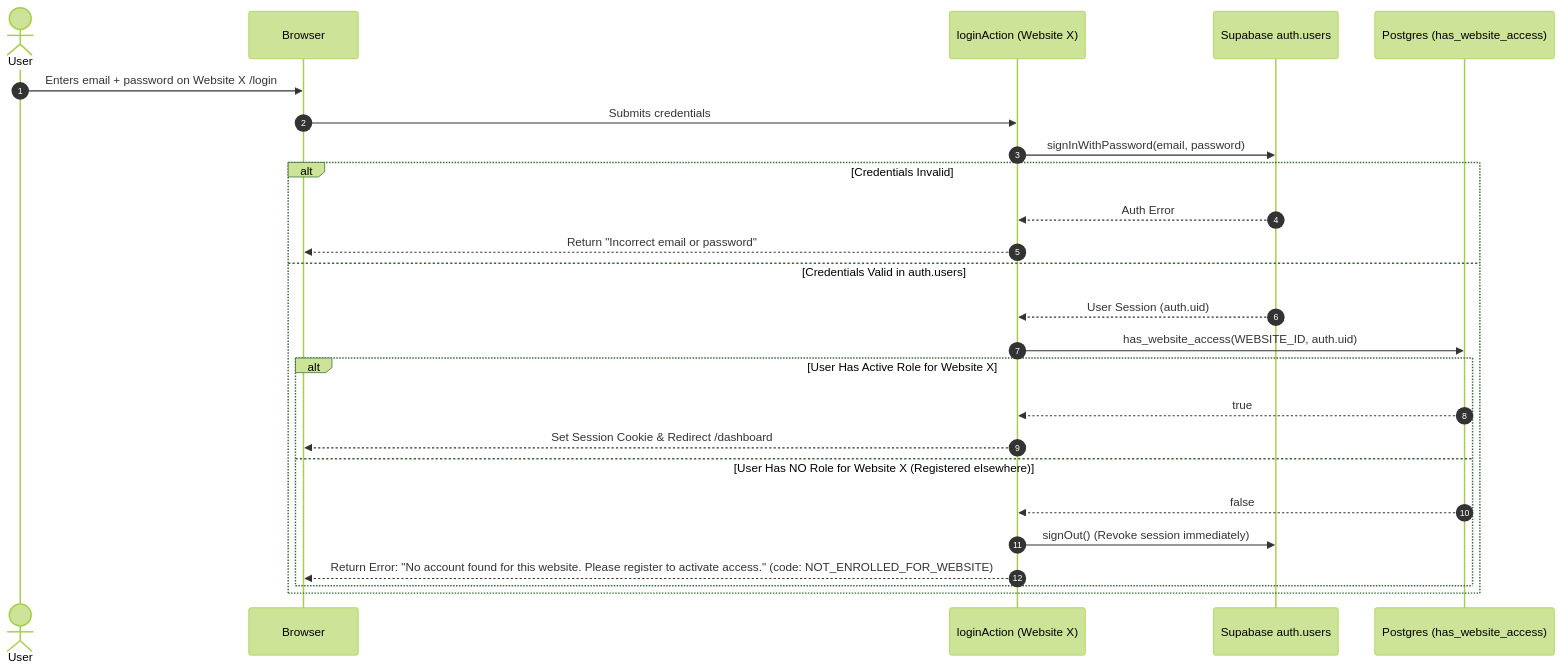
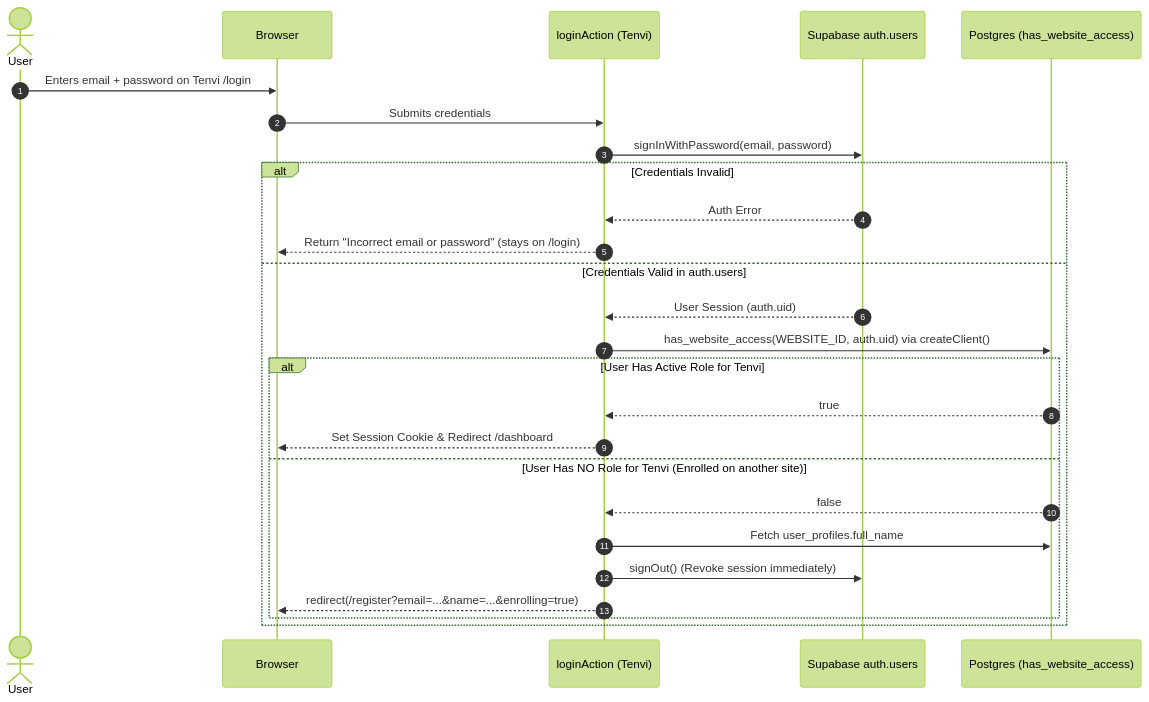
The second of 3 diagrams in AUTHENTICATION.md (unciano-labs/tenvi), drawn with Mermaid (forest theme) before and after one commit. The commit also changed other lines of this file, not shown here.

Commit message:
docs(auth): update AUTHENTICATION.md to v2.1 with cross-enrollment UX, cloud resilience, and blueprints

````diff
--- a/AUTHENTICATION.md
+++ b/AUTHENTICATION.md
@@ -97,30 +104,31 @@
 ```mermaid
 sequenceDiagram
     autonumber
     actor User
     participant Browser
-    participant ServerAction as loginAction (Website X)
+    participant ServerAction as loginAction (Tenvi)
     participant SupabaseAuth as Supabase auth.users
     participant DB as Postgres (has_website_access)
 
-    User->>Browser: Enters email + password on Website X /login
+    User->>Browser: Enters email + password on Tenvi /login
     Browser->>ServerAction: Submits credentials
     ServerAction->>SupabaseAuth: signInWithPassword(email, password)
     
     alt Credentials Invalid
         SupabaseAuth-->>ServerAction: Auth Error
-        ServerAction-->>Browser: Return "Incorrect email or password"
+        ServerAction-->>Browser: Return "Incorrect email or password" (stays on /login)
     else Credentials Valid in auth.users
         SupabaseAuth-->>ServerAction: User Session (auth.uid)
-        ServerAction->>DB: has_website_access(WEBSITE_ID, auth.uid)
+        ServerAction->>DB: has_website_access(WEBSITE_ID, auth.uid) via createClient()
         
-        alt User Has Active Role for Website X
+        alt User Has Active Role for Tenvi
             DB-->>ServerAction: true
             ServerAction-->>Browser: Set Session Cookie & Redirect /dashboard
-        else User Has NO Role for Website X (Registered elsewhere)
+        else User Has NO Role for Tenvi (Enrolled on another site)
             DB-->>ServerAction: false
+            ServerAction->>DB: Fetch user_profiles.full_name
             ServerAction->>SupabaseAuth: signOut() (Revoke session immediately)
-            ServerAction-->>Browser: Return Error: "No account found for this website. Please register to activate access." (code: NOT_ENROLLED_FOR_WEBSITE)
+            ServerAction-->>Browser: redirect(/register?email=...&name=...&enrolling=true)
         end
     end
 ```
````
